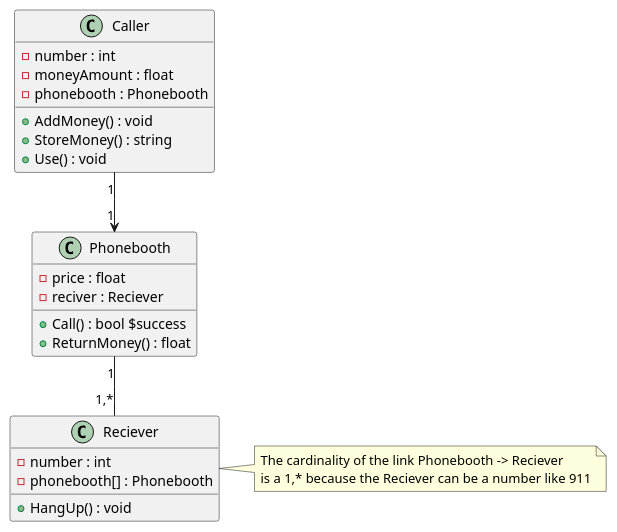
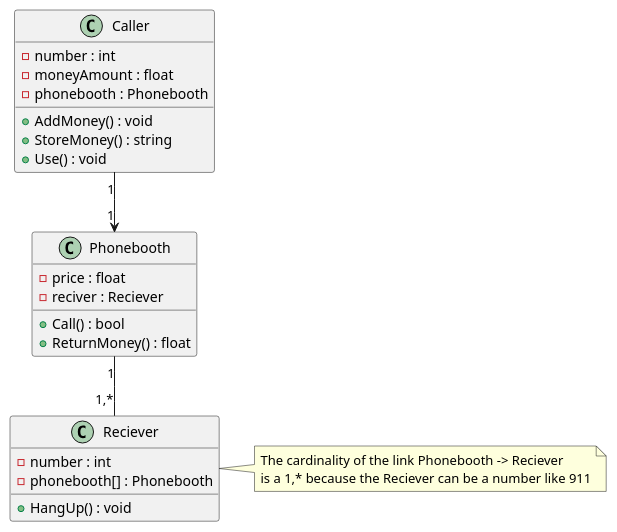
The diagram in documentation/ClassDiagram-publiphone.puml (CPNV-ES/UML1-BJV), drawn with PlantUML before and after one commit. The commit also changed 1 other file, not shown here.

```diff
--- a/documentation/ClassDiagram-publiphone.puml
+++ b/documentation/ClassDiagram-publiphone.puml
@@ -1,33 +1,33 @@
 @startuml
 skinparam classAttributeIconSize 11
 class Caller {
     - number : int
     - moneyAmount : float
     - phonebooth : Phonebooth
     + AddMoney() : void
     + StoreMoney() : string
     + Use() : void
 
 }
 class Phonebooth {
     - price : float
     - reciver : Reciever
-    + Call() : bool $success
+    + Call() : bool
     + ReturnMoney() : float
 }
 
 class Reciever {
     - number : int
     - phonebooth[] : Phonebooth
     + HangUp() : void
 }
 
 Caller "1" --> "1" Phonebooth
 Phonebooth "1" -- "1,*" Reciever
 
 note right of Reciever
   The cardinality of the link Phonebooth -> Reciever
   is a 1,* because the Reciever can be a number like 911
 end note
 
 @enduml
```
